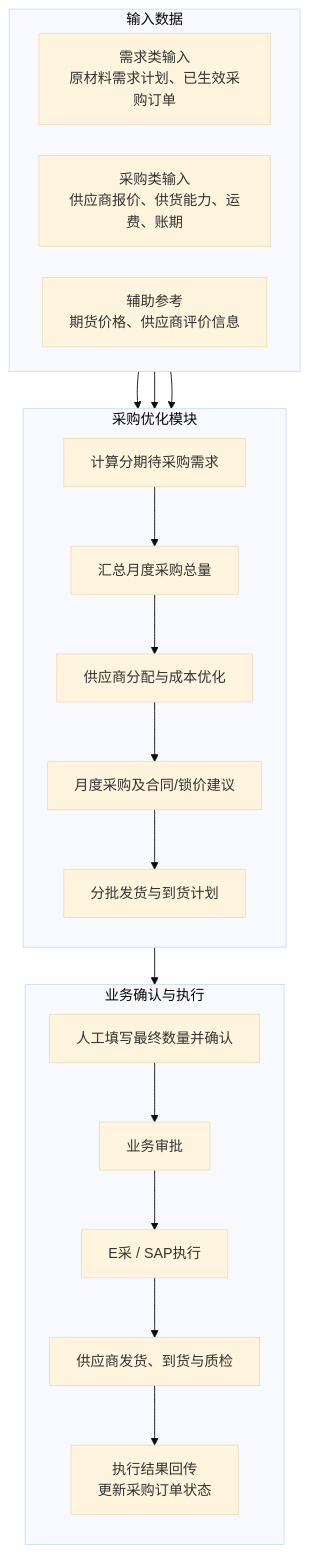
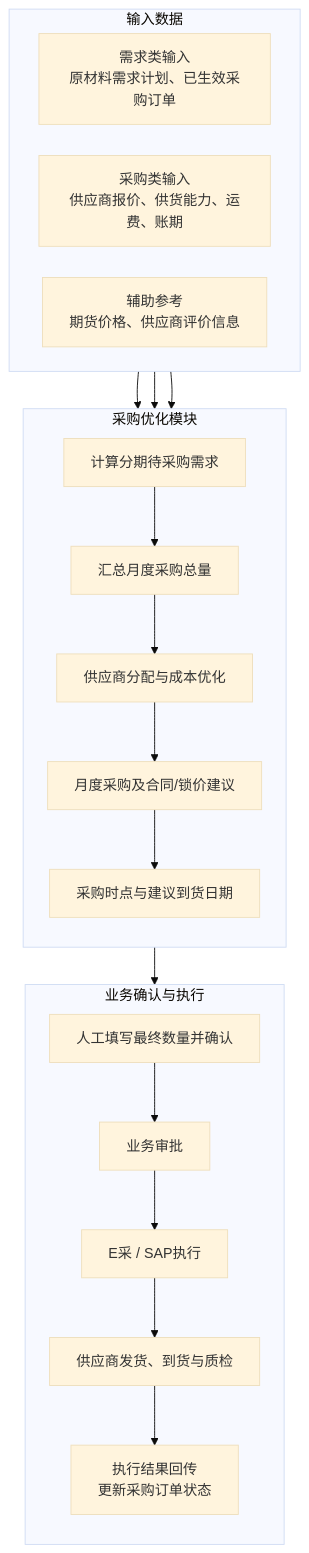
The diagram in 2-业务蓝图-draft/采购优化模块技术方案.md (DDD71/scos_proj), drawn with Mermaid (base theme) before and after one commit. The commit also changed other lines of this file and 20 other files, not shown here.

````diff
--- a/2-业务蓝图-draft/采购优化模块技术方案.md
+++ b/2-业务蓝图-draft/采购优化模块技术方案.md
@@ -56,32 +56,32 @@
 ```mermaid
 %%{init: {"flowchart": {"curve": "basis", "nodeSpacing": 35, "rankSpacing": 42}}}%%
 flowchart TB
     subgraph INPUT["输入数据"]
         direction LR
         A["需求类输入<br/>原材料需求计划、已生效采购订单"]
         B["采购类输入<br/>供应商报价、供货能力、运费、账期"]
         C["辅助参考<br/>期货价格、供应商评价信息"]
     end
 
     subgraph PURCHASE["采购优化模块"]
         direction TB
         D["计算分期待采购需求"] --> E["汇总月度采购总量"]
         E --> F["供应商分配与成本优化"]
         F --> G["月度采购及合同/锁价建议"]
-        G --> H["分批发货与到货计划"]
+        G --> H["采购时点与建议到货日期"]
     end
 
     A --> D
     B --> F
     C --> F
 
     subgraph EXECUTION["业务确认与执行"]
         direction TB
         I["人工填写最终数量并确认"] --> J["业务审批"]
         J --> K["E采 / SAP执行"]
         K --> L["供应商发货、到货与质检"]
         L --> M["执行结果回传<br/>更新采购订单状态"]
     end
 
     H --> I
 ```
````
